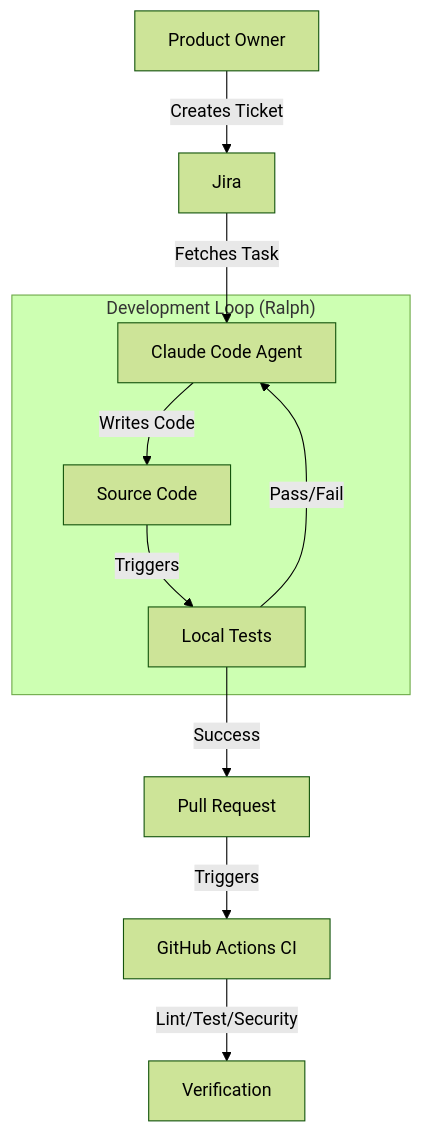
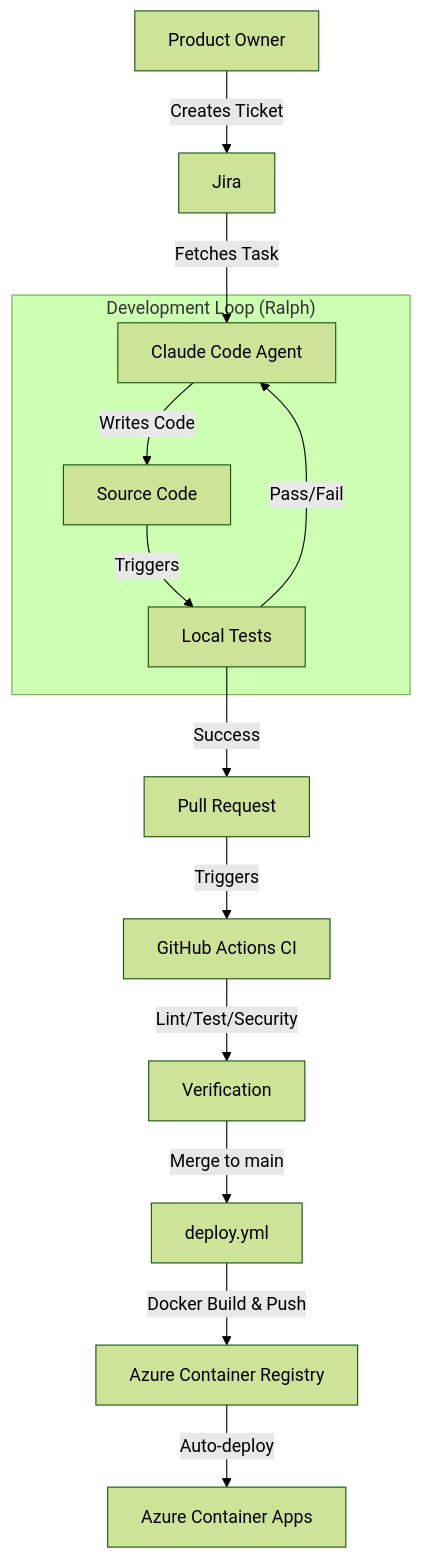
One commit to itsimonfredlingjack/grupp-ett-github changed the diagram in README.md. Above: the diagram before and after it, drawn with Mermaid (forest theme). The commit also changed other lines of this file, not shown here.

First line of the commit message:
Update README with app endpoints, deployment pipeline, and Azure info

````diff
--- a/README.md
+++ b/README.md
@@ -31,13 +31,16 @@
 ```mermaid
 graph TD
     User[Product Owner] -->|Creates Ticket| Jira[Jira]
     Jira -->|Fetches Task| Agent[Claude Code Agent]
     subgraph "Development Loop (Ralph)"
         Agent -->|Writes Code| Code[Source Code]
         Code -->|Triggers| Tests[Local Tests]
         Tests -->|Pass/Fail| Agent
     end
     Tests -->|Success| PR[Pull Request]
     PR -->|Triggers| CI[GitHub Actions CI]
     CI -->|Lint/Test/Security| Verify[Verification]
+    Verify -->|Merge to main| Deploy[deploy.yml]
+    Deploy -->|Docker Build & Push| ACR[Azure Container Registry]
+    ACR -->|Auto-deploy| Azure[Azure Container Apps]
 ```
````
